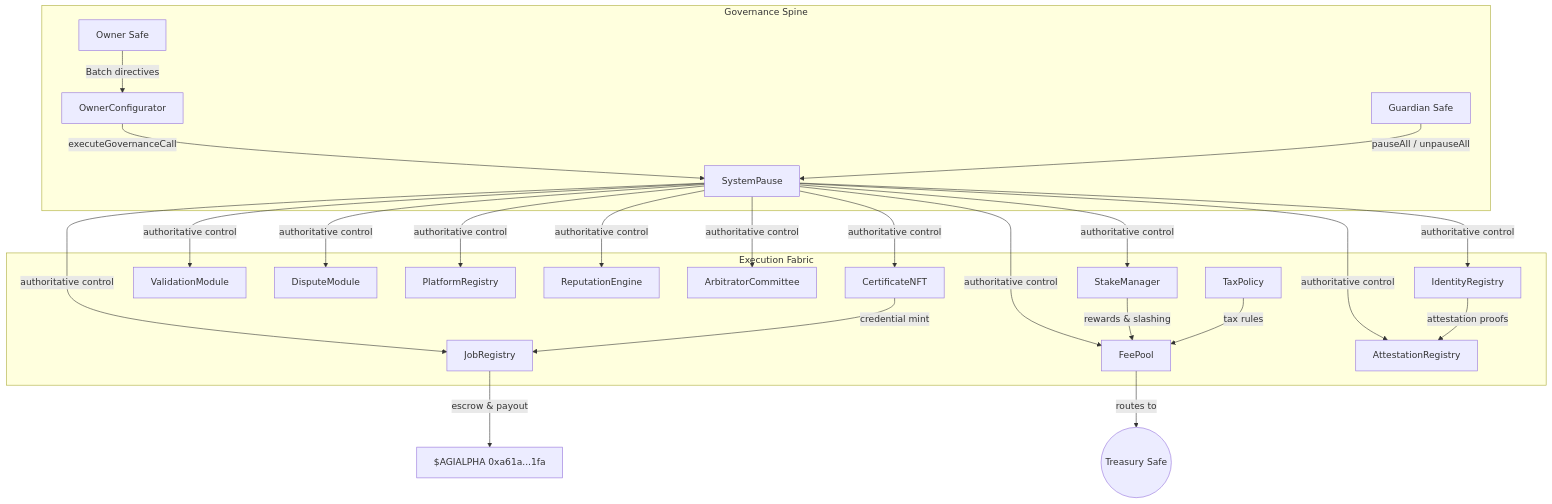
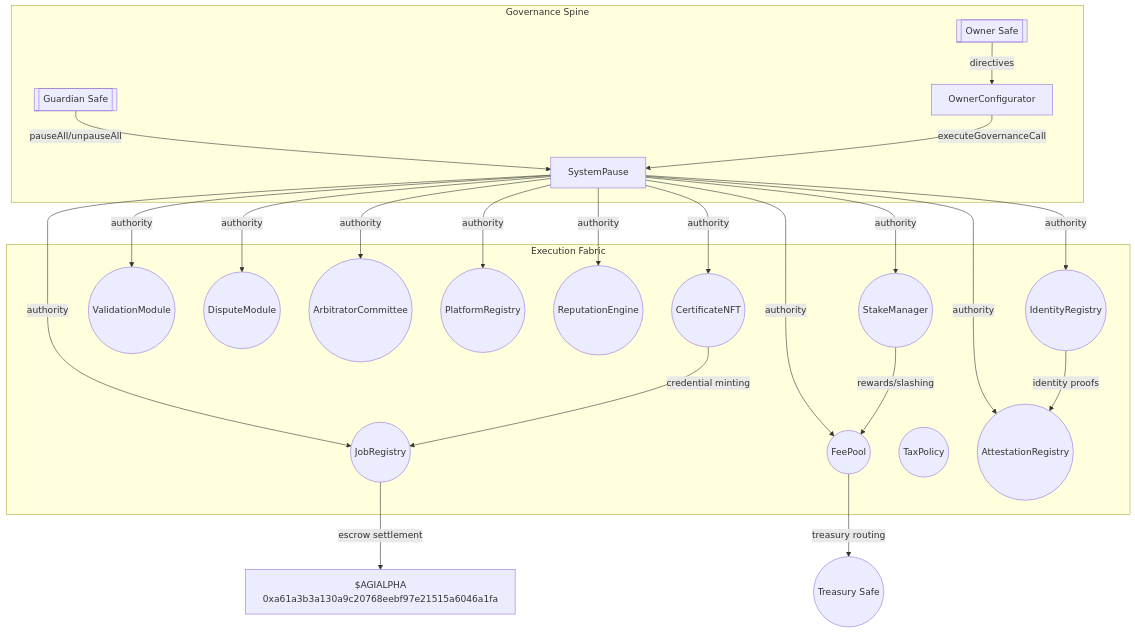
One commit to MontrealAI/agijobs-sovereign-labor-v0p1 changed the first of 5 diagrams in deploy/README.md. Above: the diagram before and after it, drawn with Mermaid. The commit also changed other lines of this file, not shown here.

````diff
--- a/deploy/README.md
+++ b/deploy/README.md
@@ -32,34 +32,34 @@
 ```mermaid
 graph TB
     subgraph Governance Spine
-        A[Owner Safe]
-        B[Guardian Safe]
-        C[OwnerConfigurator]
-        D[SystemPause]
+        OwnerSafe[[Owner Safe]]
+        GuardianSafe[[Guardian Safe]]
+        Configurator[OwnerConfigurator]
+        Pause[SystemPause]
     end
 
     subgraph Execution Fabric
-        E[JobRegistry]
-        F[StakeManager]
-        G[ValidationModule]
-        H[DisputeModule]
-        I[FeePool]
-        J[PlatformRegistry]
-        K[ReputationEngine]
-        L[ArbitratorCommittee]
-        M[CertificateNFT]
-        N[IdentityRegistry]
-        O[AttestationRegistry]
-        P[TaxPolicy]
+        JobRegistry((JobRegistry))
+        StakeManager((StakeManager))
+        ValidationModule((ValidationModule))
+        DisputeModule((DisputeModule))
+        ArbitratorCommittee((ArbitratorCommittee))
+        FeePool((FeePool))
+        TaxPolicy((TaxPolicy))
+        PlatformRegistry((PlatformRegistry))
+        ReputationEngine((ReputationEngine))
+        IdentityRegistry((IdentityRegistry))
+        AttestationRegistry((AttestationRegistry))
+        CertificateNFT((CertificateNFT))
     end
 
-    A -->|Batch directives| C
-    C -->|executeGovernanceCall| D
-    B -->|pauseAll / unpauseAll| D
-    D -->|authoritative control| E & F & G & H & I & J & K & L & M & N & O
-    F -->|rewards & slashing| I -->|routes to| Treasury((Treasury Safe))
-    E -->|escrow & payout| Token[$AGIALPHA 0xa61a...1fa]
-    N -->|attestation proofs| O
-    M -->|credential mint| E
-    P -->|tax rules| I
+    OwnerSafe -- directives --> Configurator
+    GuardianSafe -- pauseAll/unpauseAll --> Pause
+    Configurator -- executeGovernanceCall --> Pause
+    Pause -- authority --> JobRegistry & StakeManager & ValidationModule & DisputeModule & ArbitratorCommittee & FeePool & PlatformRegistry & ReputationEngine & IdentityRegistry & AttestationRegistry & CertificateNFT
+    StakeManager -- rewards/slashing --> FeePool
+    FeePool -- treasury routing --> Treasury((Treasury Safe))
+    JobRegistry -- escrow settlement --> Token[$AGIALPHA\n0xa61a3b3a130a9c20768eebf97e21515a6046a1fa]
+    IdentityRegistry -- identity proofs --> AttestationRegistry
+    CertificateNFT -- credential minting --> JobRegistry
 ```
````
